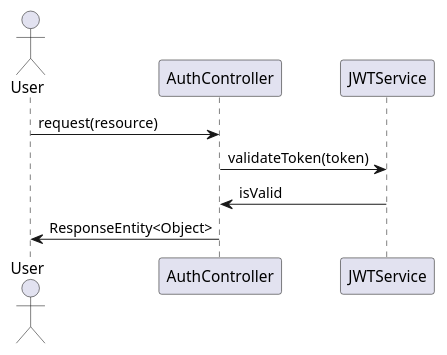
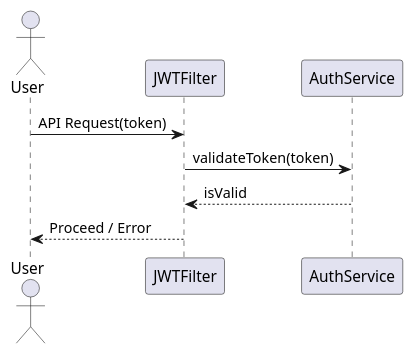
The third of 4 diagrams in vehiclemanagement/documentation/detaileddesign.adoc (Dinesh-s95/AutoDoc.ai), drawn with PlantUML before and after one commit. The commit also changed other lines of this file and 19 other files, not shown here.

```diff
--- a/vehiclemanagement/documentation/detaileddesign.adoc
+++ b/vehiclemanagement/documentation/detaileddesign.adoc
@@ -111,13 +100,13 @@
 [plantuml, jwt-validation-sequence, png]
-....
+----
 @startuml
 actor User
-participant "AuthController" as AC
-participant "JWTService" as JS
+participant "JWTFilter" as Filter
+participant "AuthService" as Service
 
-User -> AC : request(resource)
-AC -> JS : validateToken(token)
-JS -> AC : isValid
-AC -> User : ResponseEntity<Object>
+User -> Filter : API Request(token)
+Filter -> Service : validateToken(token)
+Service --> Filter : isValid
+Filter --> User : Proceed / Error
 @enduml
-....
+----
```
